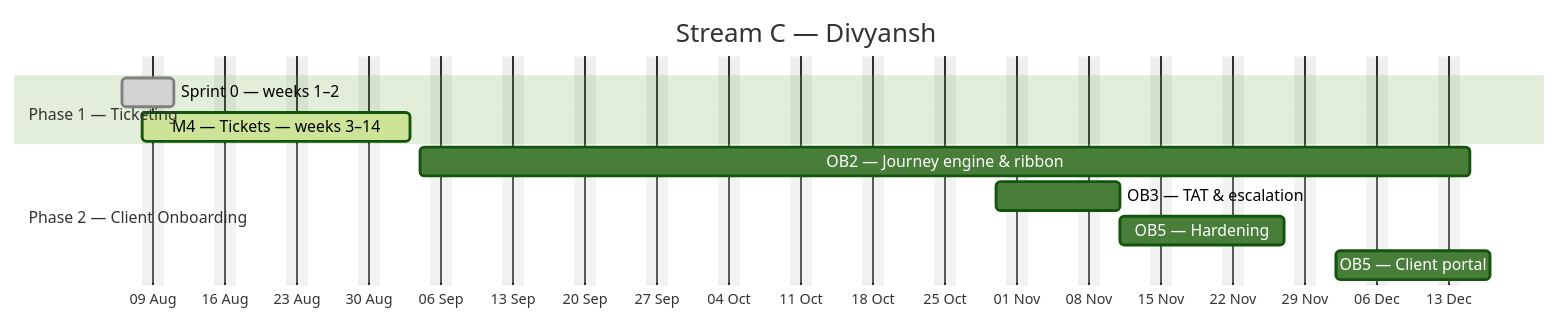
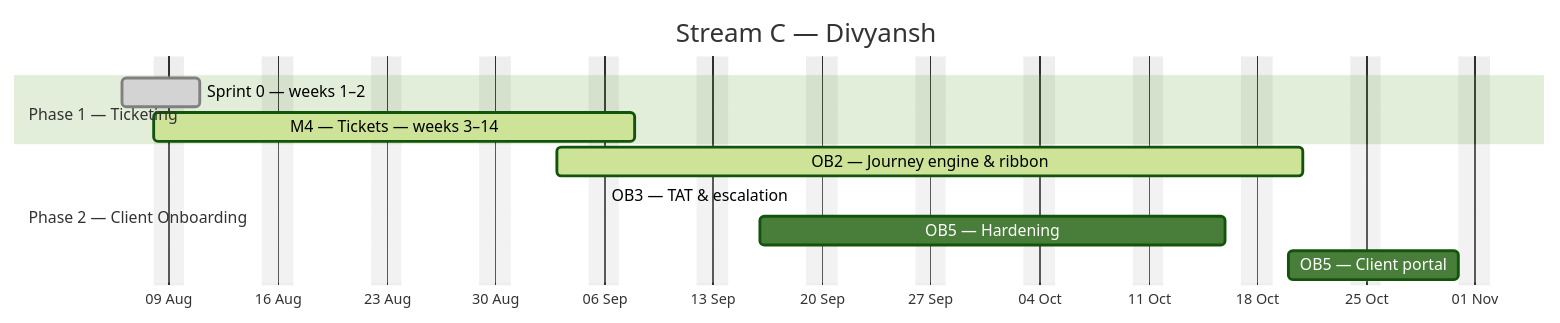
The third of 4 diagrams in docs/plan/GANTT.md (debashisedunext/EduTrack), drawn with Mermaid (forest theme) before and after one commit. The commit also changed other lines of this file and 2 other files, not shown here.

````diff
--- a/docs/plan/GANTT.md
+++ b/docs/plan/GANTT.md
@@ -186,15 +170,15 @@
 ```mermaid
 gantt
     dateFormat YYYY-MM-DD
     axisFormat %d %b
     title Stream C — Divyansh
     excludes weekends
     section Phase 1 — Ticketing
     Sprint 0 — weeks 1–2 :done, c0, 2026-08-06, 3d
-    M4 — Tickets — weeks 3–14 :active, c1, 2026-08-08, 19d
+    M4 — Tickets — weeks 3–14 :active, c1, 2026-08-08, 22d
     section Phase 2 — Client Onboarding
-    OB2 — Journey engine & ribbon :c2, 2026-09-04, 72d
-    OB3 — TAT & escalation :c3, 2026-10-30, 8d
-    OB5 — Hardening :c4, 2026-11-11, 12d
-    OB5 — Client portal :c5, 2026-12-02, 11d
+    OB2 — Journey engine & ribbon :active, c2, 2026-09-03, 34d
+    OB3 — TAT & escalation :active, c3, 2026-09-06, -33d
+    OB5 — Hardening :c4, 2026-09-16, 22d
+    OB5 — Client portal :c5, 2026-10-20, 9d
 ```
````
